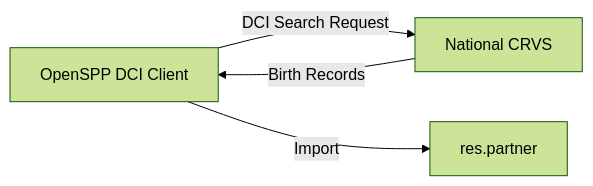
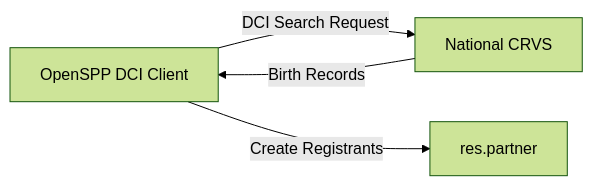
The second of 2 diagrams in docs/developer_guide/dci/index.md (OpenSPP/documentation), drawn with Mermaid (forest theme) before and after one commit. The commit also changed other lines of this file and 4 other files, not shown here.

````diff
--- a/docs/developer_guide/dci/index.md
+++ b/docs/developer_guide/dci/index.md
@@ -74,6 +71,6 @@
 ```{mermaid}
 graph LR
     A[OpenSPP DCI Client] -->|DCI Search Request| B[National CRVS]
     B -->|Birth Records| A
-    A -->|Import| C[res.partner]
+    A -->|Create Registrants| C[res.partner]
 ```
````
